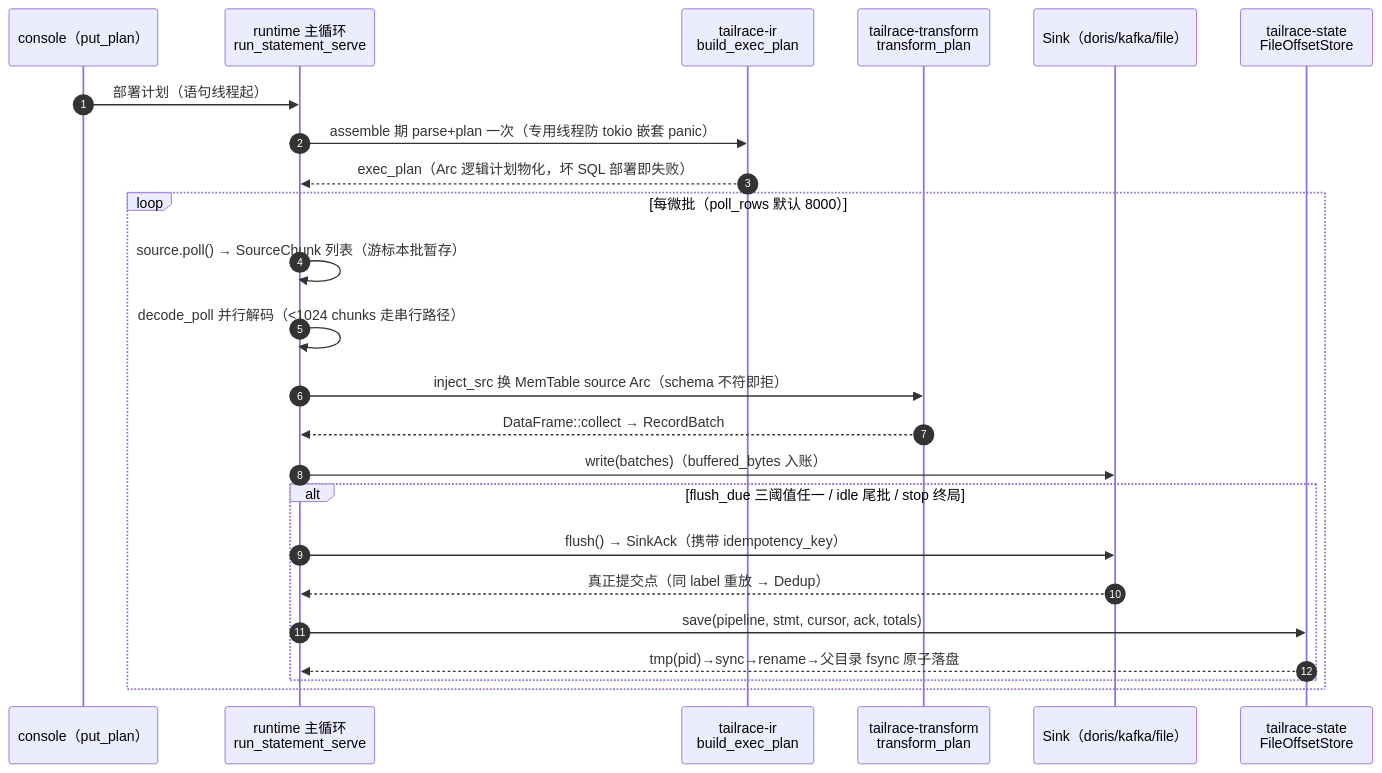
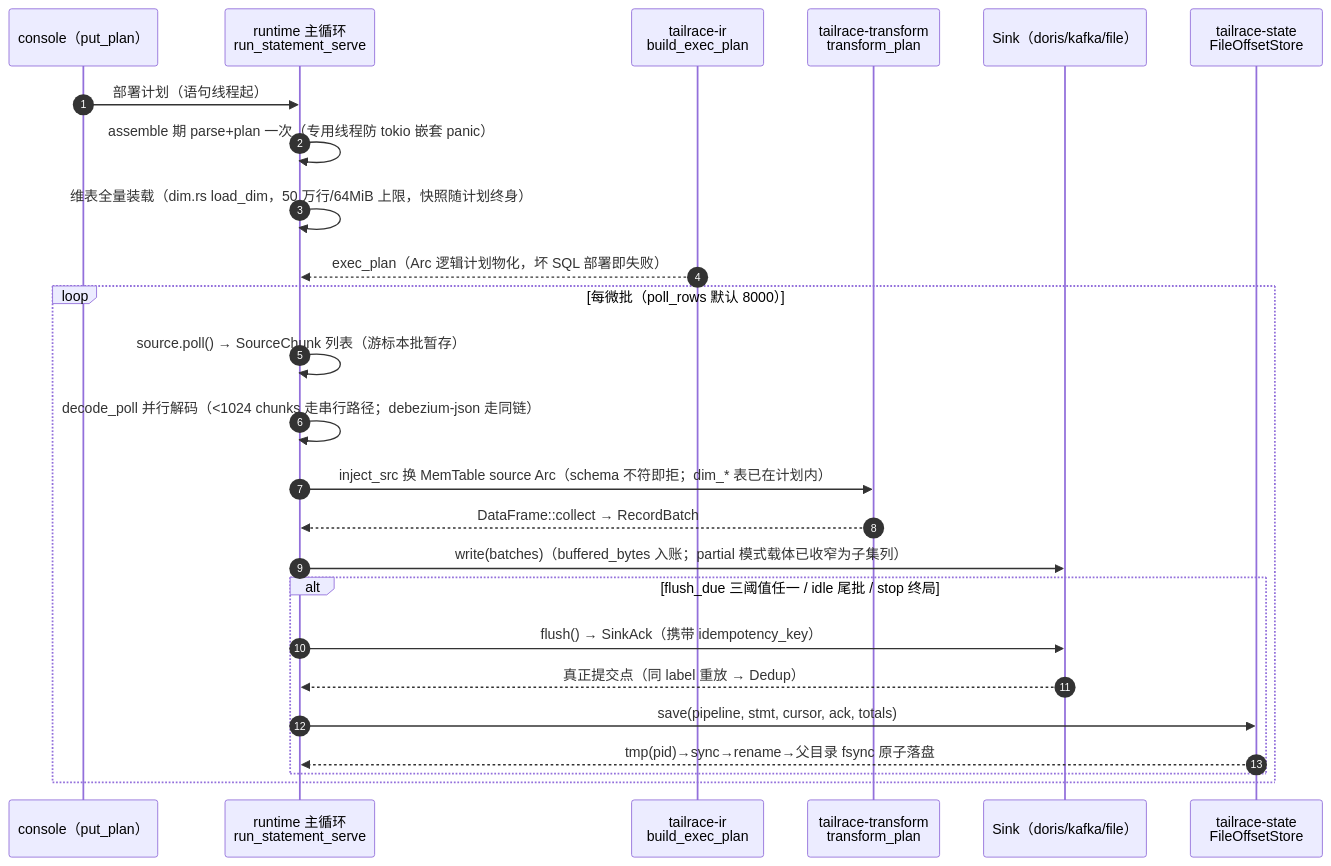
Before and after one commit to SeekerGalahad/tailrace: the second of 7 diagrams in docs/design/architecture.zh.md, drawn with Mermaid. The commit also changed other lines of this file, not shown here.

Commit message:
docs: architecture zh - post-R8 canonical refresh (12 capabilities, anchored)

````diff
--- a/docs/design/architecture.zh.md
+++ b/docs/design/architecture.zh.md
@@ -128,26 +140,27 @@
 ```mermaid
 sequenceDiagram
   autonumber
   participant CP as console（put_plan）
   participant RT as runtime 主循环<br/>run_statement_serve
   participant IR as tailrace-ir<br/>build_exec_plan
   participant TF as tailrace-transform<br/>transform_plan
   participant SK as Sink（doris/kafka/file）
   participant ST as tailrace-state<br/>FileOffsetStore
   CP->>RT: 部署计划（语句线程起）
-  RT->>IR: assemble 期 parse+plan 一次（专用线程防 tokio 嵌套 panic）
+  RT->>RT: assemble 期 parse+plan 一次（专用线程防 tokio 嵌套 panic）
+  RT->>RT: 维表全量装载（dim.rs load_dim，50 万行/64MiB 上限，快照随计划终身）
   IR-->>RT: exec_plan（Arc 逻辑计划物化，坏 SQL 部署即失败）
   loop 每微批（poll_rows 默认 8000）
     RT->>RT: source.poll() → SourceChunk 列表（游标本批暂存）
-    RT->>RT: decode_poll 并行解码（<1024 chunks 走串行路径）
-    RT->>TF: inject_src 换 MemTable source Arc（schema 不符即拒）
+    RT->>RT: decode_poll 并行解码（<1024 chunks 走串行路径；debezium-json 走同链）
+    RT->>TF: inject_src 换 MemTable source Arc（schema 不符即拒；dim_* 表已在计划内）
     TF-->>RT: DataFrame::collect → RecordBatch
-    RT->>SK: write(batches)（buffered_bytes 入账）
+    RT->>SK: write(batches)（buffered_bytes 入账；partial 模式载体已收窄为子集列）
     alt flush_due 三阈值任一 / idle 尾批 / stop 终局
       RT->>SK: flush() → SinkAck（携带 idempotency_key）
       SK-->>RT: 真正提交点（同 label 重放 → Dedup）
       RT->>ST: save(pipeline, stmt, cursor, ack, totals)
       ST-->>RT: tmp(pid)→sync→rename→父目录 fsync 原子落盘
     end
   end
 ```
````
